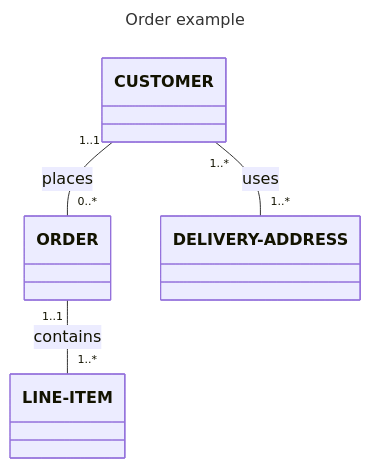
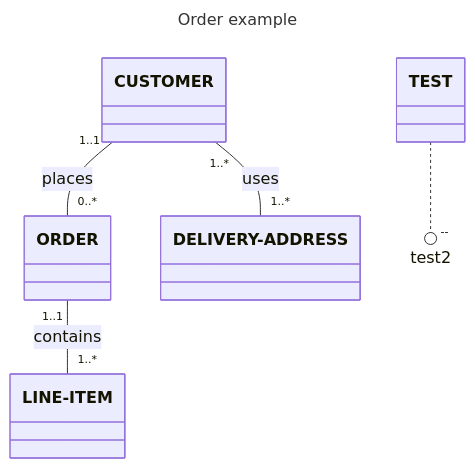
One commit to skqu/pbi25AppII changed the diagram in Lektion 27 - EER/slidev/pages/2. er recap.md. Above: the diagram before and after it, drawn with Mermaid. The commit also changed 3 other files, not shown here.

````diff
--- a/Lektion 27 - EER/slidev/pages/2. er recap.md
+++ b/Lektion 27 - EER/slidev/pages/2. er recap.md
@@ -11,9 +11,12 @@
 ```mermaid 
 ---
 title: Order example
 ---
 classDiagram
 CUSTOMER "1..1"--"0..*" ORDER : places
 ORDER "1..1"--"1..*" LINE-ITEM : contains
 CUSTOMER "1..*"--"1..*" DELIVERY-ADDRESS : uses
+
+TEST ..()"--" test2
+
 ```
````
